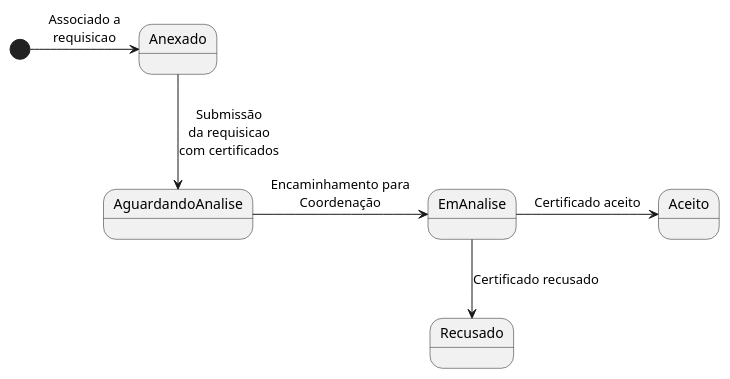
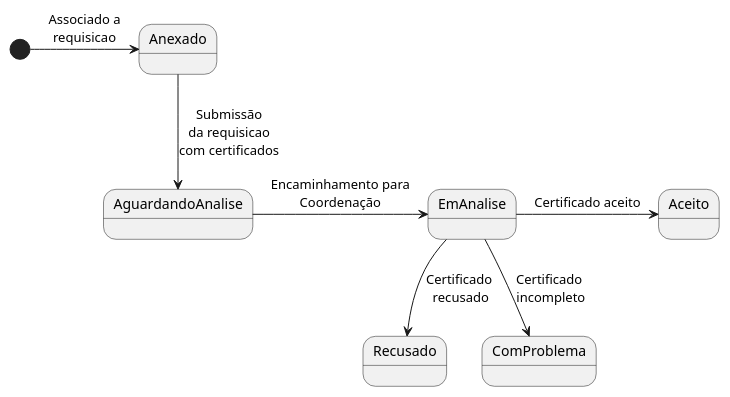
One commit to kvojps/sistema-acs changed the diagram in docs_source/src/2. Níveis/2.4 Código - C4/2.4.3 Máquina de estados/ME_certificado.puml. Above: the diagram before and after it, drawn with PlantUML. The commit also changed 2 other files, not shown here.

Commit message:
[fix]: refactor state machine diagram and e description

```diff
--- a/docs_source/src/2. Níveis/2.4 Código - C4/2.4.3 Máquina de estados/ME_certificado.puml
+++ b/docs_source/src/2. Níveis/2.4 Código - C4/2.4.3 Máquina de estados/ME_certificado.puml
@@ -1,7 +1,8 @@
 @startuml Certificado
 [*] -> Anexado : Associado a\nrequisicao
 Anexado --> AguardandoAnalise : Submissão\nda requisicao\ncom certificados
 AguardandoAnalise -> EmAnalise : Encaminhamento para\nCoordenação
-EmAnalise --> Recusado : Certificado recusado 
+EmAnalise --> Recusado : Certificado \nrecusado 
+EmAnalise --> ComProblema : Certificado \nincompleto
 EmAnalise -> Aceito : Certificado aceito
 @enduml
```
